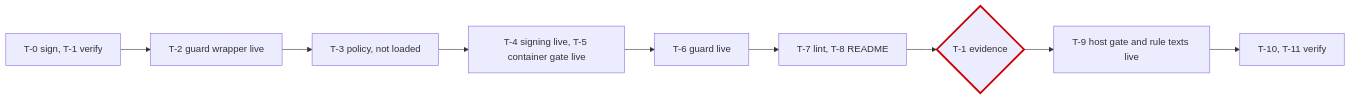
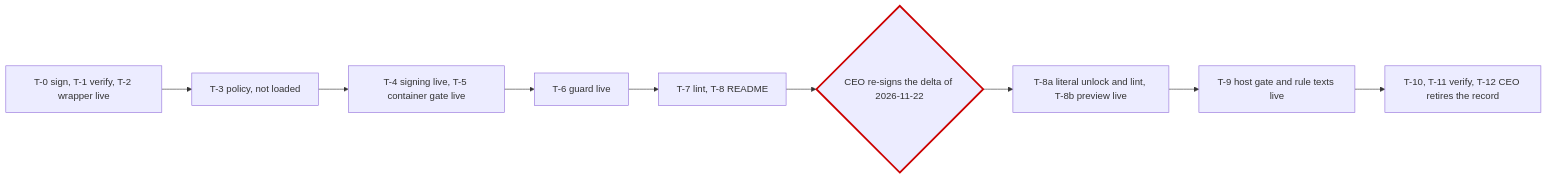
Before and after one commit to GktuOktay/claude-agency-v2: the fifth of 5 diagrams in specs/active/0004-harness-enforcement-gaps.md, drawn with Mermaid. The commit also changed other lines of this file and 7 other files, not shown here.

First line of the commit message:
docs(spec): 0004 delta for always-auto sessions, gate findings folded; 0009 round 3; ADR 0001 update

````diff
--- a/specs/active/0004-harness-enforcement-gaps.md
+++ b/specs/active/0004-harness-enforcement-gaps.md
@@ -438,13 +487,13 @@
 ```mermaid
 flowchart LR
-  A[T-0 sign, T-1 verify] --> B[T-2 guard wrapper live]
-  B --> C[T-3 policy, not loaded]
+  A[T-0 sign, T-1 verify, T-2 wrapper live] --> C[T-3 policy, not loaded]
   C --> D[T-4 signing live, T-5 container gate live]
   D --> E[T-6 guard live]
   E --> F[T-7 lint, T-8 README]
-  F --> G{T-1 evidence}
-  G --> H[T-9 host gate and rule texts live]
-  H --> I[T-10, T-11 verify]
+  F --> G{CEO re-signs the delta of 2026-11-22}
+  G --> J[T-8a literal unlock and lint, T-8b preview live]
+  J --> H[T-9 host gate and rule texts live]
+  H --> I[T-10, T-11 verify, T-12 CEO retires the record]
   classDef ceo stroke:#c00,stroke-width:3px
   class G ceo
 ```
````
